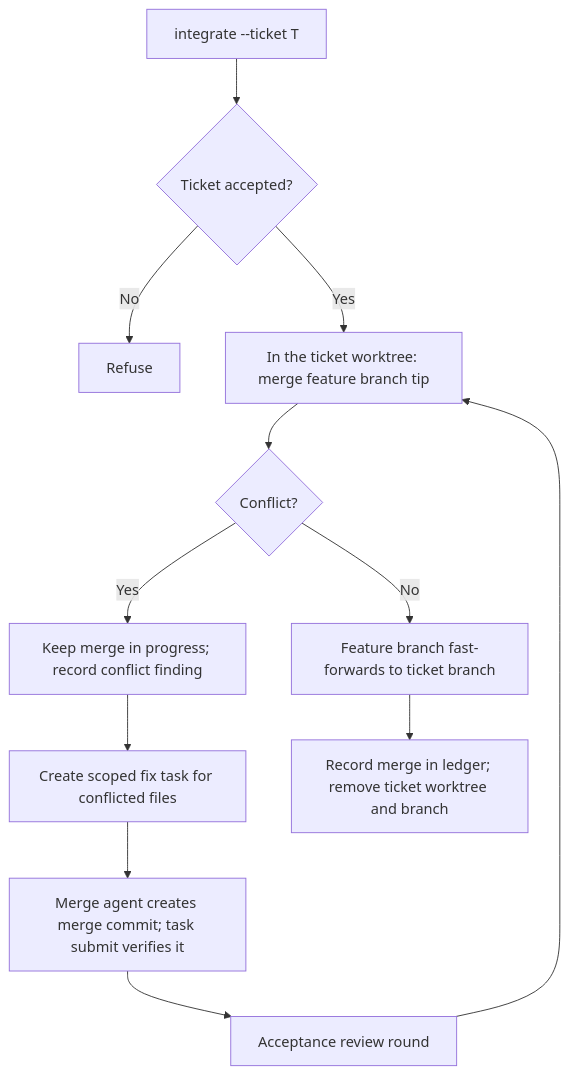
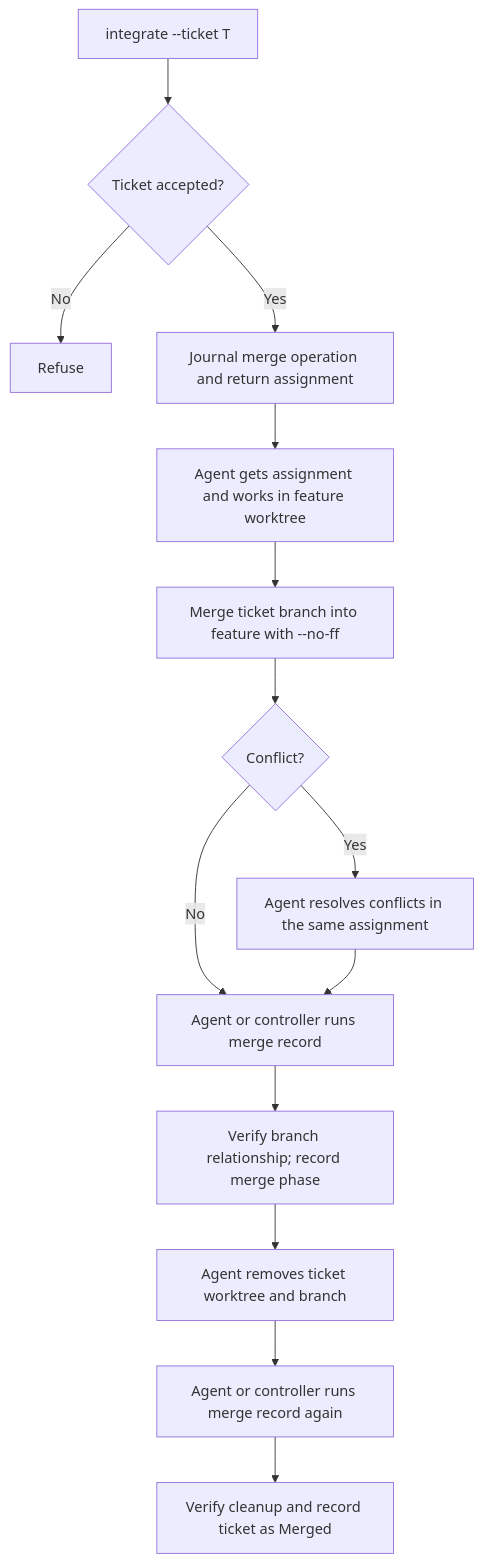
Before and after one commit to UseTheFork/spindle: the sixth of 7 diagrams in SDD-WORKFLOWS.md, drawn with Mermaid. The commit also changed other lines of this file and 1 other file, not shown here.

Commit message:
docs: update SDD merge workflow

````diff
--- a/SDD-WORKFLOWS.md
+++ b/SDD-WORKFLOWS.md
@@ -451,14 +465,16 @@
 ```mermaid
 flowchart TD
     A["integrate --ticket T"] --> B{"Ticket accepted?"}
     B -->|"No"| Z["Refuse"]
-    B -->|"Yes"| C["In the ticket worktree: merge feature branch tip"]
-    C --> D{"Conflict?"}
-    D -->|"Yes"| E["Keep merge in progress; record conflict finding"]
-    E --> F["Create scoped fix task for conflicted files"]
-    F --> G["Merge agent creates merge commit; task submit verifies it"]
-    G --> H["Acceptance review round"]
-    H --> C
-    D -->|"No"| M["Feature branch fast-forwards to ticket branch"]
-    M --> N["Record merge in ledger; remove ticket worktree and branch"]
+    B -->|"Yes"| C["Journal merge operation and return assignment"]
+    C --> D["Agent gets assignment and works in feature worktree"]
+    D --> E["Merge ticket branch into feature with --no-ff"]
+    E --> F{"Conflict?"}
+    F -->|"Yes"| G["Agent resolves conflicts in the same assignment"]
+    F -->|"No"| H["Agent or controller runs merge record"]
+    G --> H
+    H --> I["Verify branch relationship; record merge phase"]
+    I --> J["Agent removes ticket worktree and branch"]
+    J --> K["Agent or controller runs merge record again"]
+    K --> L["Verify cleanup and record ticket as Merged"]
 ```
````
